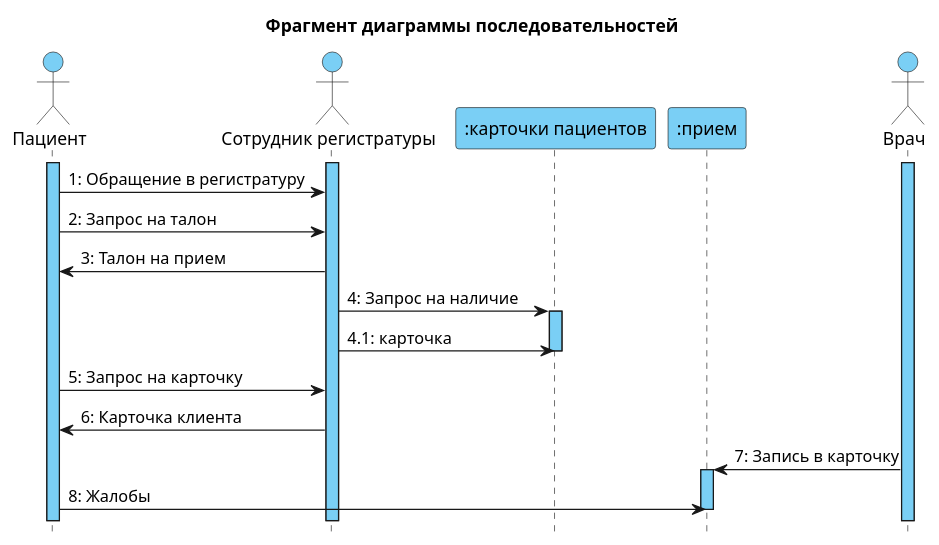
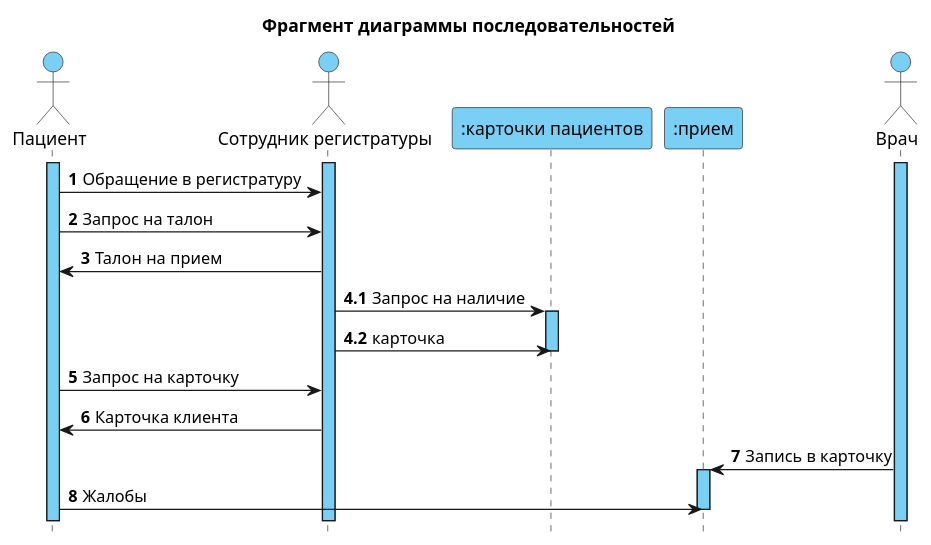
Before and after one commit to MoKlay/doc-material: the diagram in Практикум/sequence.pu, drawn with PlantUML. The commit also changed 1 other file, not shown here.

Commit message:
Написана диаграмма компонентов. Дописана диаграмма последовательностей.

```diff
--- a/Практикум/sequence.pu
+++ b/Практикум/sequence.pu
@@ -1,35 +1,38 @@
 @startuml
 title Фрагмент диаграммы последовательностей
 hide footbox
 skinparam actor {
     BackgroundColor #7acff5
 }
 skinparam participant {
     BackgroundColor #7acff5
 }
 
 actor Пациент
 actor "Сотрудник регистратуры"
 participant ":карточки пациентов"
 participant ":прием"
 actor Врач
 activate Пациент #7acff5
 activate "Сотрудник регистратуры" #7acff5
 activate Врач #7acff5
-Пациент -> "Сотрудник регистратуры": 1: Обращение в регистратуру
-Пациент -> "Сотрудник регистратуры": 2: Запрос на талон
-Пациент <- "Сотрудник регистратуры": 3: Талон на прием
-"Сотрудник регистратуры" -> ":карточки пациентов": 4: Запрос на наличие
+autonumber 1
+Пациент -> "Сотрудник регистратуры": Обращение в регистратуру
+Пациент -> "Сотрудник регистратуры": Запрос на талон
+Пациент <- "Сотрудник регистратуры": Талон на прием
+autonumber 4.1
+"Сотрудник регистратуры" -> ":карточки пациентов": Запрос на наличие
 activate ":карточки пациентов" #7acff5
-"Сотрудник регистратуры" -> ":карточки пациентов": 4.1: карточка
+"Сотрудник регистратуры" -> ":карточки пациентов": карточка
 deactivate ":карточки пациентов"
-Пациент -> "Сотрудник регистратуры": 5: Запрос на карточку 
-Пациент <- "Сотрудник регистратуры": 6: Карточка клиента
-":прием" <- Врач: 7: Запись в карточку
+autonumber 5
+Пациент -> "Сотрудник регистратуры": Запрос на карточку 
+Пациент <- "Сотрудник регистратуры": Карточка клиента
+":прием" <- Врач: Запись в карточку
 activate ":прием" #7acff5
-Пациент -> ":прием": 8: Жалобы
+Пациент -> ":прием": Жалобы
 deactivate ":прием"
 
 
 
 @enduml
```
